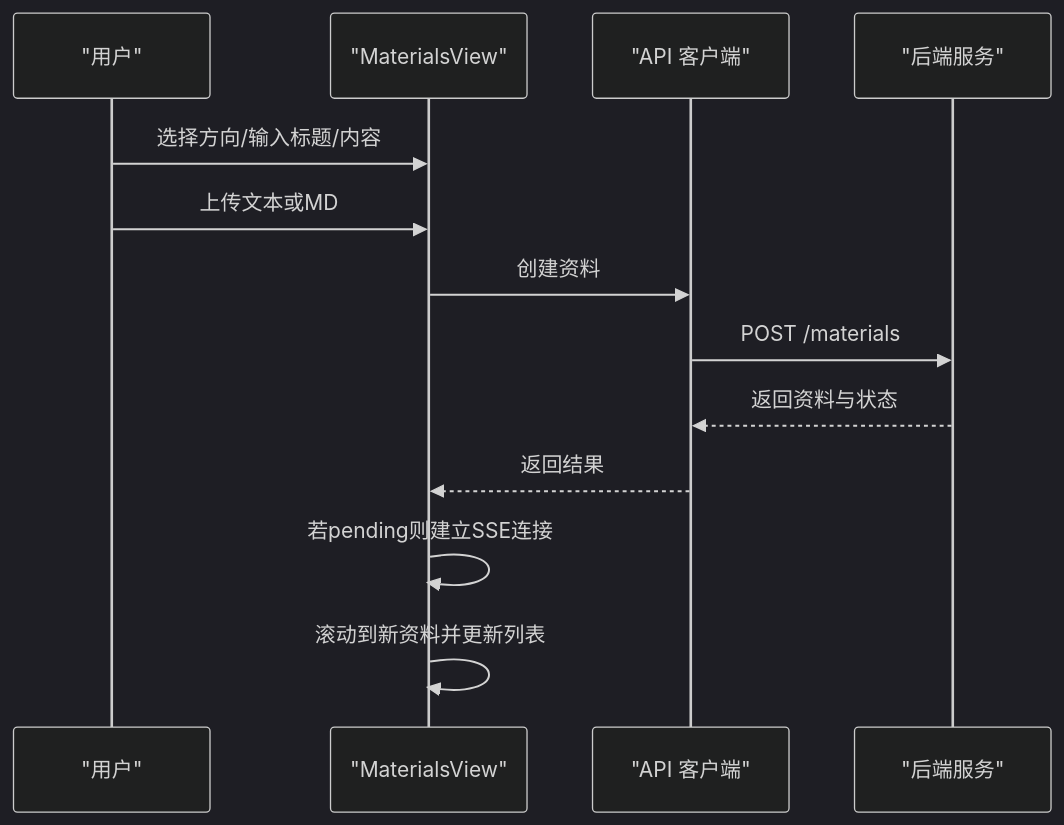
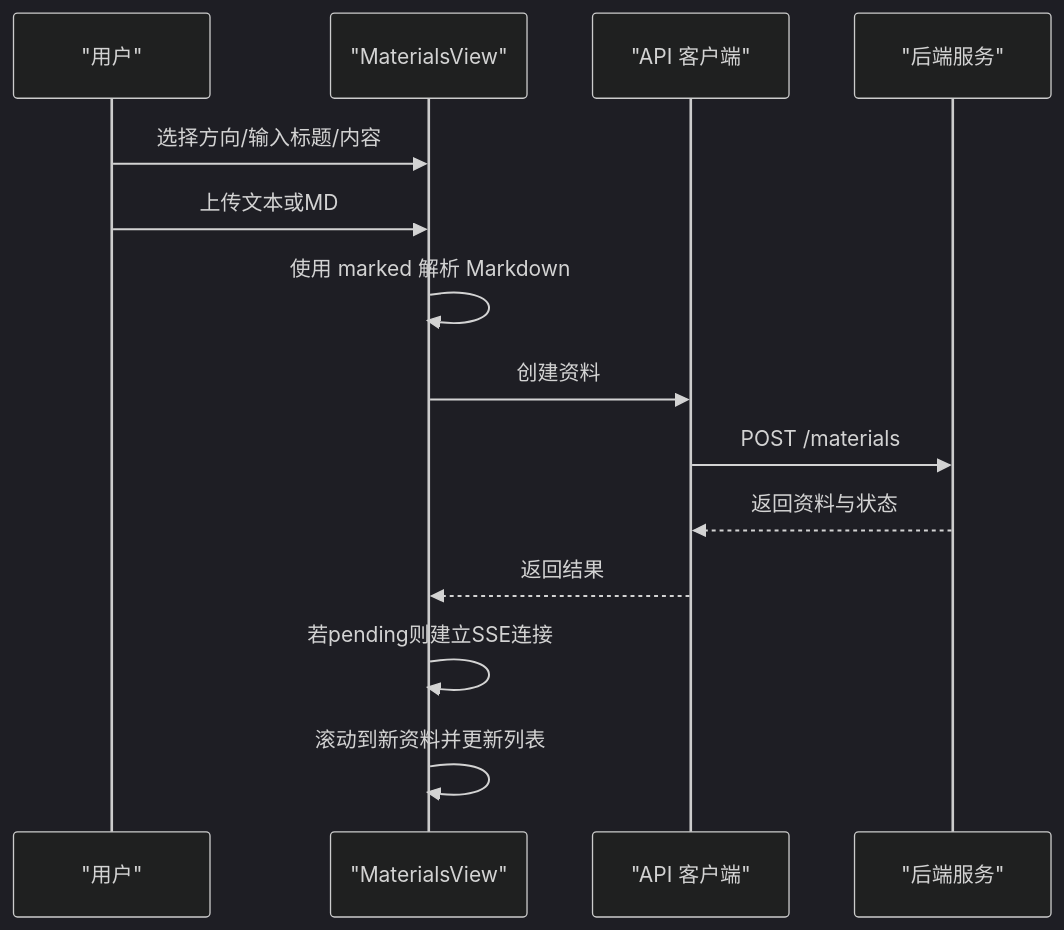
The seventh of 13 diagrams in .qoder/repowiki/zh/content/前端应用架构/前端应用架构.md (zhiwenli-jack/personal-learning-manager), drawn with Mermaid (dark theme) before and after one commit. The commit also changed other lines of this file and 15 other files, not shown here.

````diff
--- a/.qoder/repowiki/zh/content/前端应用架构/前端应用架构.md
+++ b/.qoder/repowiki/zh/content/前端应用架构/前端应用架构.md
@@ -237,15 +246,16 @@
 ```mermaid
 sequenceDiagram
 participant U as "用户"
 participant V as "MaterialsView"
 participant API as "API 客户端"
 participant S as "后端服务"
 U->>V : 选择方向/输入标题/内容
 U->>V : 上传文本或MD
+V->>V : 使用 marked 解析 Markdown
 V->>API : 创建资料
 API->>S : POST /materials
 S-->>API : 返回资料与状态
 API-->>V : 返回结果
 V->>V : 若pending则建立SSE连接
 V->>V : 滚动到新资料并更新列表
 ```
````
